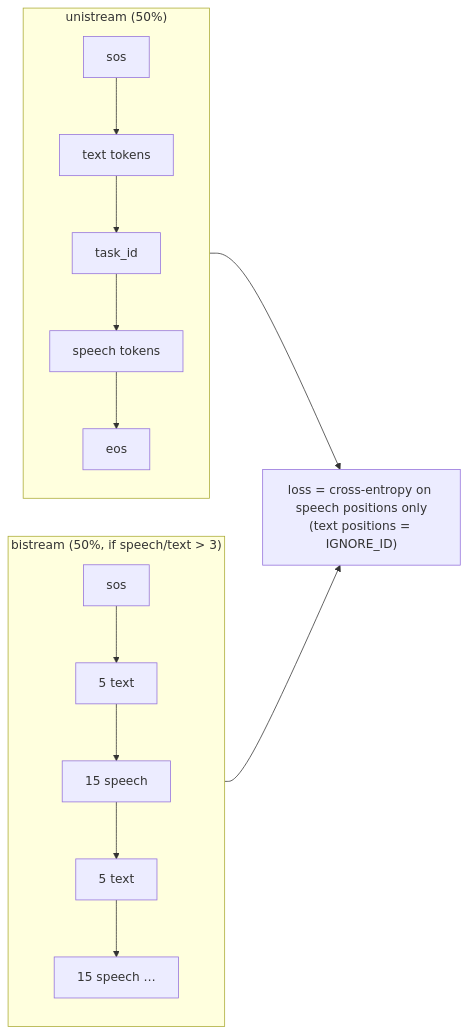
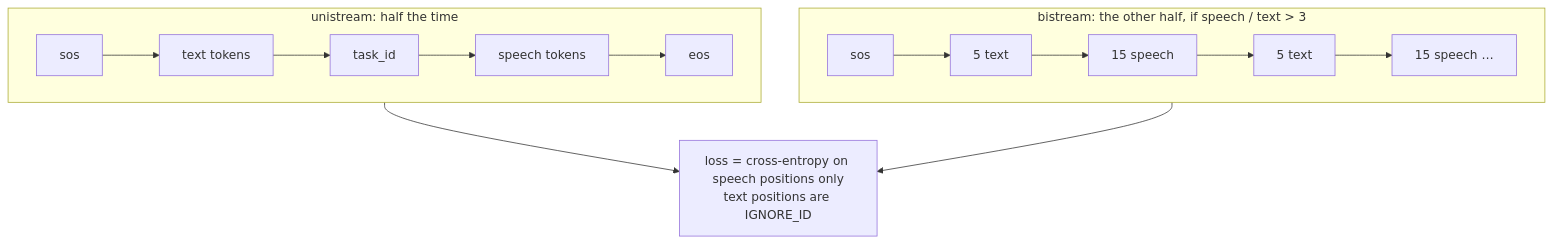
Before and after one commit to jayavardhan-g/projects-vault: the fourth of 6 diagrams in Interview prep/Days/Day 08 - CosyVoice.md, drawn with Mermaid. The commit also changed other lines of this file and 12 other files, not shown here.

First line of the commit message:
projects: Days 2-14 "Code, explained": full-width top-to-bottom diagrams, a figure per section, and a step-by-step flow per day

````diff
--- a/Interview prep/Days/Day 08 - CosyVoice.md
+++ b/Interview prep/Days/Day 08 - CosyVoice.md
@@ -270,11 +304,11 @@
 ```mermaid
-flowchart LR
-  subgraph UNI["unistream (50%)"]
+flowchart TB
+  subgraph UNI["unistream: half the time"]
     u1["sos"] --> u2["text tokens"] --> u3["task_id"] --> u4["speech tokens"] --> u5["eos"]
   end
-  subgraph BI["bistream (50%, if speech/text > 3)"]
+  subgraph BI["bistream: the other half, if speech / text > 3"]
     b1["sos"] --> b2["5 text"] --> b3["15 speech"] --> b4["5 text"] --> b5["15 speech …"]
   end
-  UNI --> L["loss = cross-entropy on speech positions only<br/>(text positions = IGNORE_ID)"]
+  UNI --> L["loss = cross-entropy on speech positions only<br/>text positions are IGNORE_ID"]
   BI --> L
 ```
````
